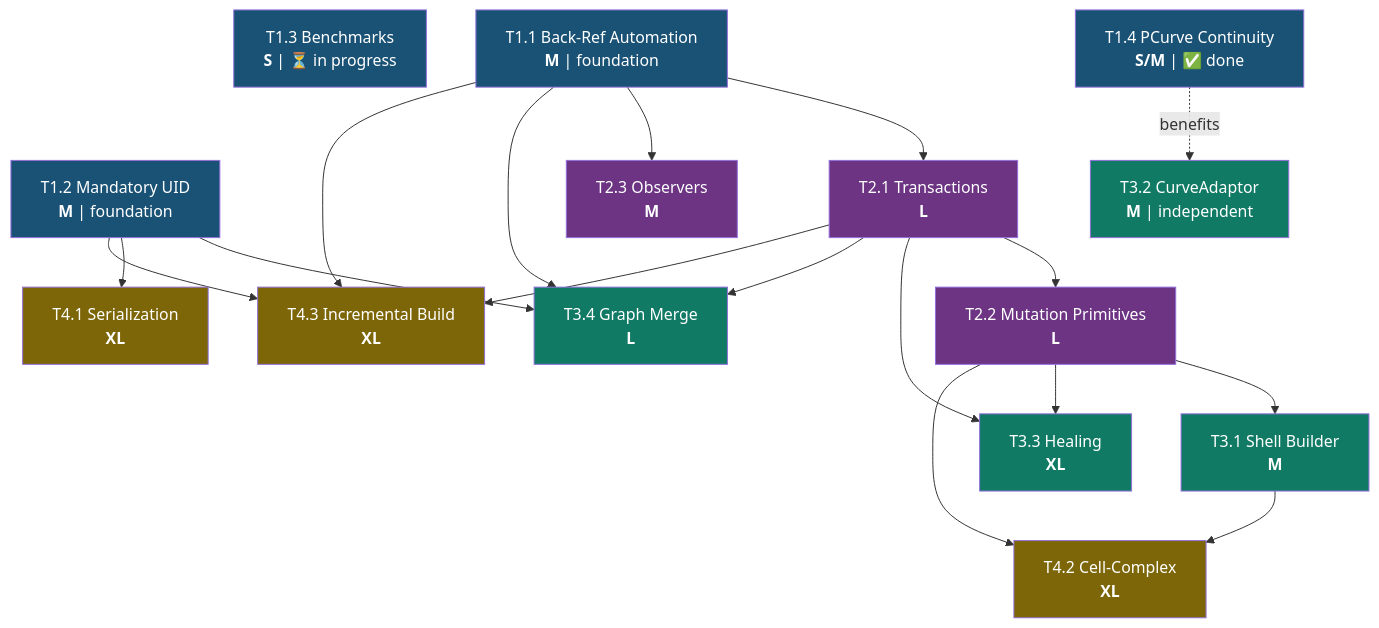
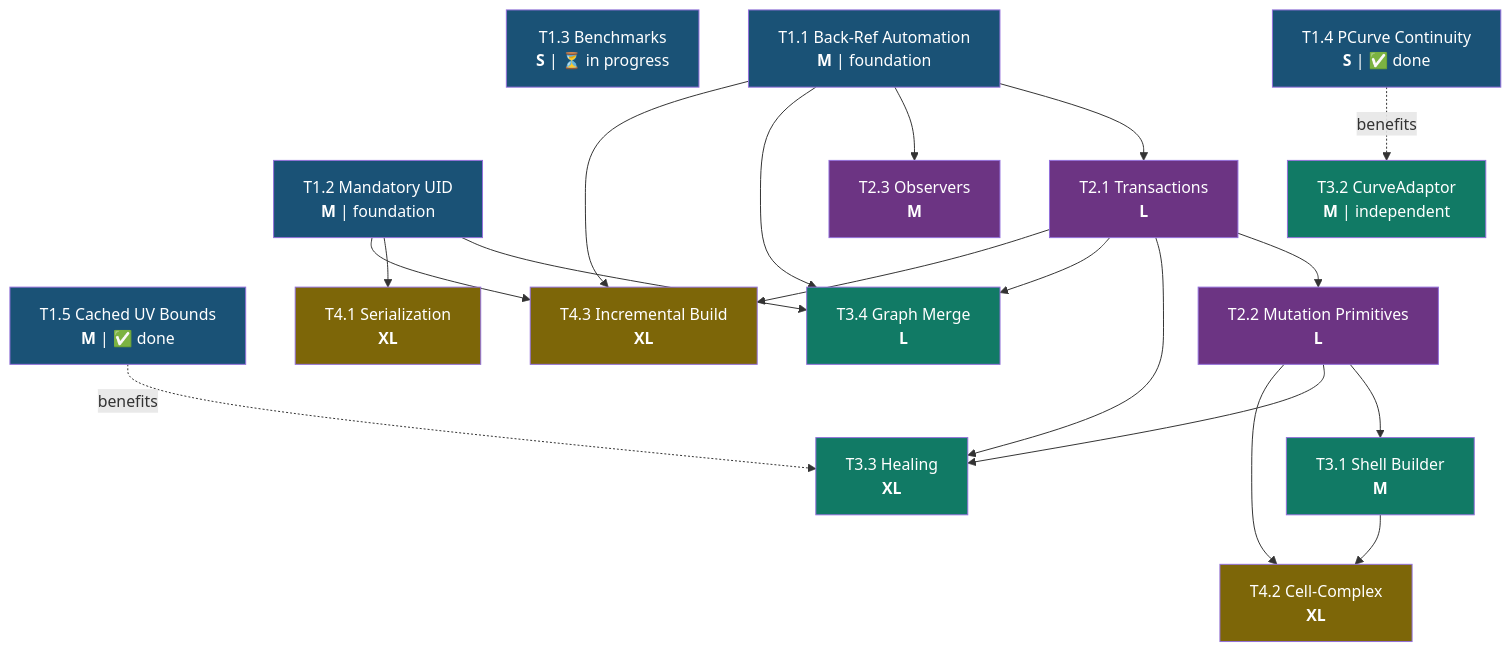
The third of 10 diagrams in src/ModelingData/TKBRep/BRepGraph/TODO.md (Open-Cascade-SAS/OCCT), drawn with Mermaid before and after one commit. The commit also changed other lines of this file and 1 other file, not shown here.

Commit message:
docs: Update README and TODO for BRepGraph with new algorithm and architectural improvements

````diff
--- a/src/ModelingData/TKBRep/BRepGraph/TODO.md
+++ b/src/ModelingData/TKBRep/BRepGraph/TODO.md
@@ -114,49 +115,52 @@
 ```mermaid
 graph TD
     T1_3["T1.3 Benchmarks<br/><b>S</b> | ⏳ in progress"]
-    T1_4["T1.4 PCurve Continuity<br/><b>S/M</b> | ✅ done"]
+    T1_4["T1.4 PCurve Continuity<br/><b>S</b> | ✅ done"]
+    T1_5["T1.5 Cached UV Bounds<br/><b>M</b> | ✅ done"]
     T1_1["T1.1 Back-Ref Automation<br/><b>M</b> | foundation"]
     T1_2["T1.2 Mandatory UID<br/><b>M</b> | foundation"]
     T2_1["T2.1 Transactions<br/><b>L</b>"]
     T2_2["T2.2 Mutation Primitives<br/><b>L</b>"]
     T2_3["T2.3 Observers<br/><b>M</b>"]
     T3_1["T3.1 Shell Builder<br/><b>M</b>"]
     T3_2["T3.2 CurveAdaptor<br/><b>M</b> | independent"]
     T3_3["T3.3 Healing<br/><b>XL</b>"]
     T3_4["T3.4 Graph Merge<br/><b>L</b>"]
     T4_1["T4.1 Serialization<br/><b>XL</b>"]
     T4_2["T4.2 Cell-Complex<br/><b>XL</b>"]
     T4_3["T4.3 Incremental Build<br/><b>XL</b>"]
 
     T1_1 --> T2_1
     T1_1 --> T2_3
     T2_1 --> T2_2
     T2_2 --> T3_1
     T2_1 --> T3_3
     T2_2 --> T3_3
     T2_1 --> T3_4
     T1_1 --> T3_4
     T1_2 --> T3_4
     T1_2 --> T4_1
     T3_1 --> T4_2
     T2_2 --> T4_2
     T1_1 --> T4_3
     T1_2 --> T4_3
     T2_1 --> T4_3
     T1_4 -.->|benefits| T3_2
+    T1_5 -.->|benefits| T3_3
 
     style T1_1 fill:#1a5276,color:#fff
     style T1_2 fill:#1a5276,color:#fff
     style T1_3 fill:#1a5276,color:#fff
     style T1_4 fill:#1a5276,color:#fff
+    style T1_5 fill:#1a5276,color:#fff
     style T2_1 fill:#6c3483,color:#fff
     style T2_2 fill:#6c3483,color:#fff
     style T2_3 fill:#6c3483,color:#fff
     style T3_1 fill:#117a65,color:#fff
     style T3_2 fill:#117a65,color:#fff
     style T3_3 fill:#117a65,color:#fff
     style T3_4 fill:#117a65,color:#fff
     style T4_1 fill:#7d6608,color:#fff
     style T4_2 fill:#7d6608,color:#fff
     style T4_3 fill:#7d6608,color:#fff
 ```
````
